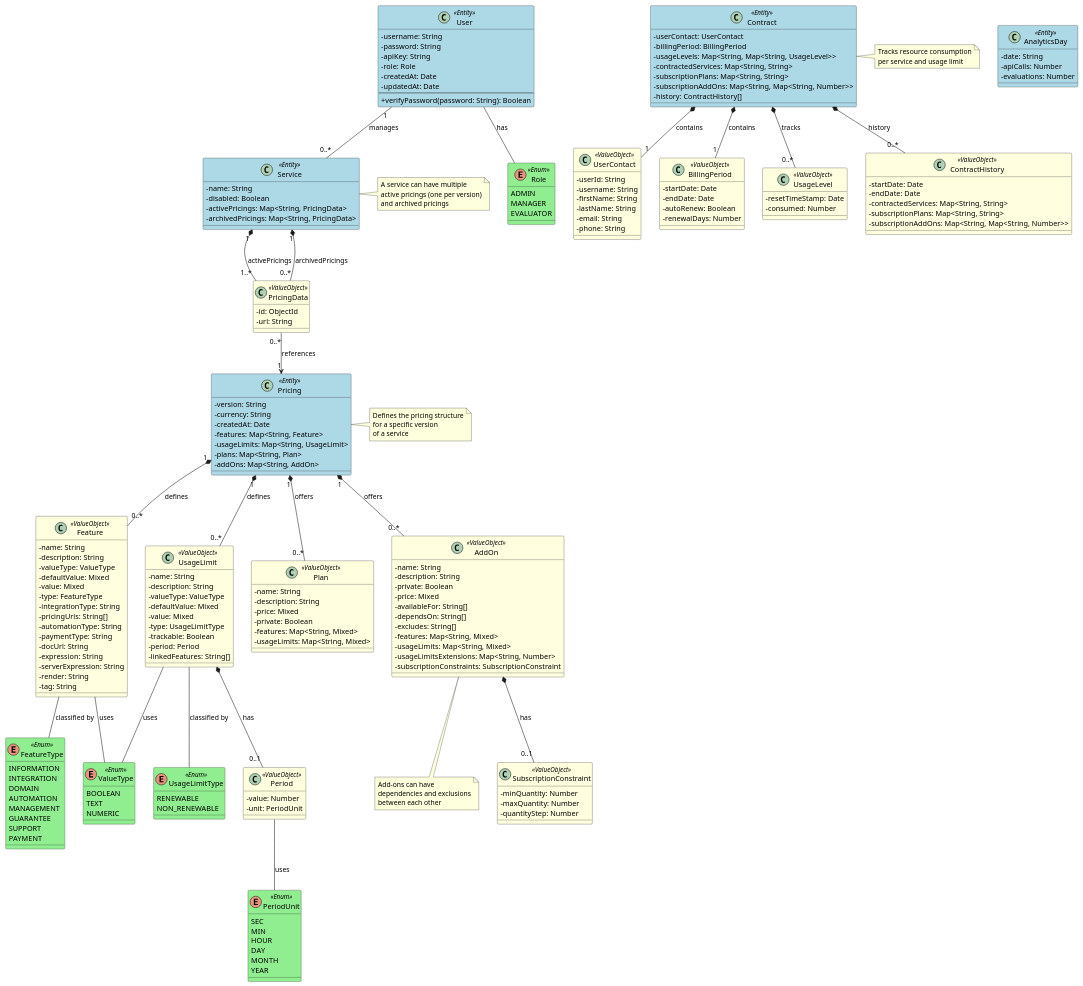
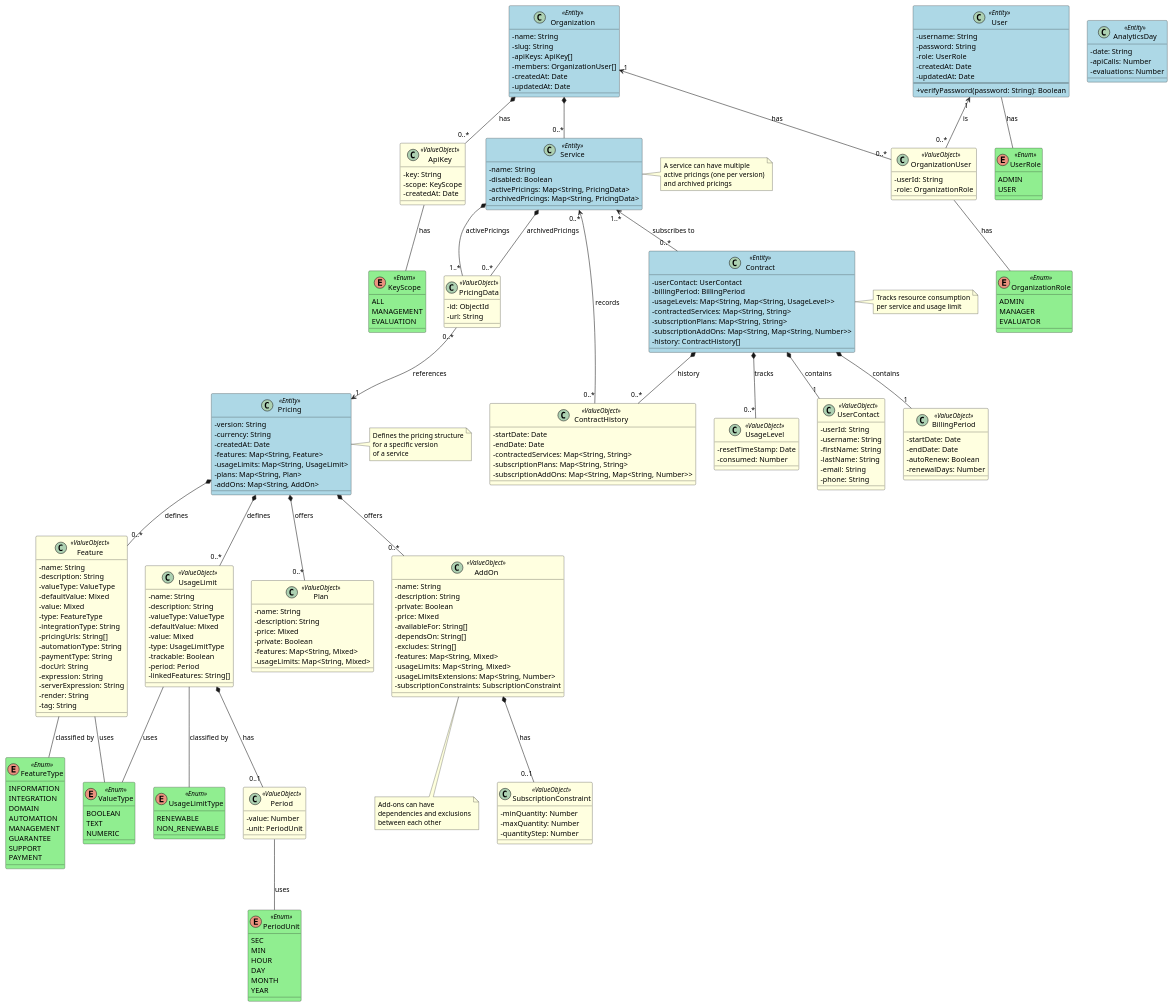
The diagram in docs/domain-model.puml (isa-group/space), drawn with PlantUML before and after one commit.

Commit message:
feat: UML with Organizations

```diff
--- a/docs/domain-model.puml
+++ b/docs/domain-model.puml
@@ -9,7 +9,18 @@
 }
 
 ' Enumerations
-enum Role <<Enum>> {
+enum UserRole <<Enum>> {
+    ADMIN
+    USER
+}
+
+enum KeyScope <<Enum>> {
+    ALL
+    MANAGEMENT
+    EVALUATION
+}
+
+enum OrganizationRole <<Enum>> {
     ADMIN
     MANAGER
     EVALUATOR
@@ -50,12 +61,20 @@
 class User <<Entity>> {
     - username: String
     - password: String
-    - apiKey: String
-    - role: Role
+    - role: UserRole
     - createdAt: Date
     - updatedAt: Date
     --
     + verifyPassword(password: String): Boolean
+}
+
+class Organization <<Entity>>{
+    - name: String
+    - slug: String
+    - apiKeys: ApiKey[]
+    - members: OrganizationUser[]
+    - createdAt: Date
+    - updatedAt: Date
 }
 
 class Service <<Entity>> {
@@ -99,6 +118,17 @@
     - lastName: String
     - email: String
     - phone: String
+}
+
+class OrganizationUser <<ValueObject>> {
+    - userId: String
+    - role: OrganizationRole
+}
+
+class ApiKey <<ValueObject>> {
+    - key: String
+    - scope: KeyScope
+    - createdAt: Date
 }
 
 class BillingPeriod <<ValueObject>> {
@@ -191,20 +221,30 @@
 }
 
 ' Relationships
-User "1" -- "0..*" Service : manages
+User "1" <-- "0..*" OrganizationUser: is
+
 Contract *-- "1" UserContact : contains
 Contract *-- "1" BillingPeriod : contains
 Contract *-- "0..*" UsageLevel : tracks
 Contract *-- "0..*" ContractHistory : history
 
-Service "1" *-- "1..*" PricingData : activePricings
-Service "1" *-- "0..*" PricingData : archivedPricings
+Organization "1" <-- "0..*" OrganizationUser : has
+Organization *-- "0..*" ApiKey : has
+Organization *-- "0..*" Service
+
+OrganizationUser -- OrganizationRole : has
+
+Service *-- "1..*" PricingData : activePricings
+Service *-- "0..*" PricingData : archivedPricings
+Service "0..*" <-- "0..*" ContractHistory : records
+Service "1..*" <-- "0..*" Contract : subscribes to
+
 PricingData "0..*" --> "1" Pricing : references
 
-Pricing "1" *-- "0..*" Feature : defines
-Pricing "1" *-- "0..*" UsageLimit : defines
-Pricing "1" *-- "0..*" Plan : offers
-Pricing "1" *-- "0..*" AddOn : offers
+Pricing *-- "0..*" Feature : defines
+Pricing *-- "0..*" UsageLimit : defines
+Pricing *-- "0..*" Plan : offers
+Pricing *-- "0..*" AddOn : offers
 
 UsageLimit *-- "0..1" Period : has
 AddOn *-- "0..1" SubscriptionConstraint : has
@@ -214,7 +254,9 @@
 UsageLimit -- UsageLimitType : classified by
 UsageLimit -- ValueType : uses
 Period -- PeriodUnit : uses
-User -- Role : has
+
+User -- UserRole : has
+ApiKey -- KeyScope : has
 
 ' Notes
 note right of Service
```
